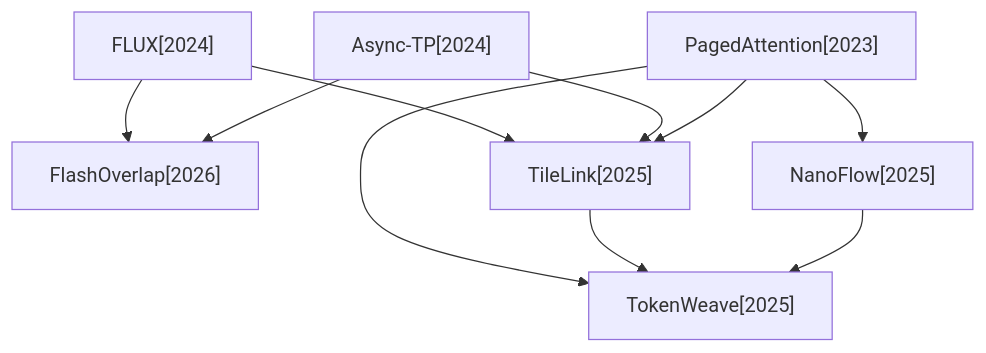
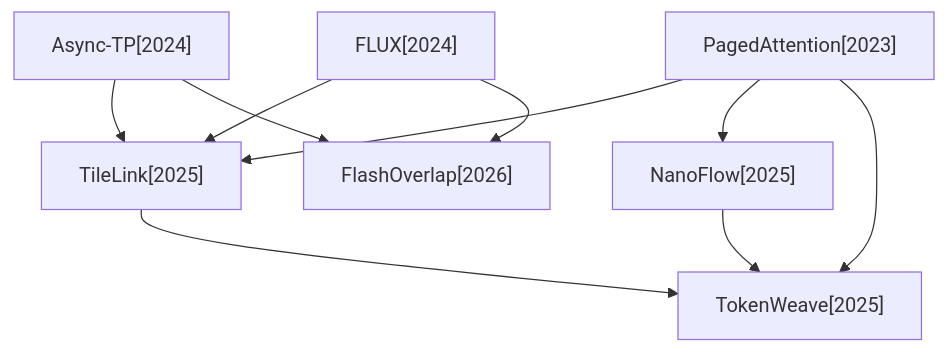
Before and after one commit to hustzxd/EfficientPaper: the first of 4 diagrams in docs/baseline_methods_graph.md, drawn with Mermaid. The commit also changed other lines of this file and 22 other files, not shown here.

````diff
--- a/docs/baseline_methods_graph.md
+++ b/docs/baseline_methods_graph.md
@@ -7,19 +7,19 @@
 ```mermaid
 flowchart TD
+    2025_TileLink["TileLink[2025]"]
+    2025_TokenWeave["TokenWeave[2025]"]
+    2023_PagedAttention["PagedAttention[2023]"]
+    2026_FlashOverlap["FlashOverlap[2026]"]
+    2024_Async_TP["Async-TP[2024]"]
     2024_FLUX["FLUX[2024]"]
-    2026_FlashOverlap["FlashOverlap[2026]"]
-    2025_TokenWeave["TokenWeave[2025]"]
-    2024_Async_TP["Async-TP[2024]"]
-    2023_PagedAttention["PagedAttention[2023]"]
-    2025_TileLink["TileLink[2025]"]
     2025_NanoFlow["NanoFlow[2025]"]
-    2024_FLUX --> 2025_TileLink
-    2024_FLUX --> 2026_FlashOverlap
-    2024_Async_TP --> 2025_TileLink
-    2024_Async_TP --> 2026_FlashOverlap
+    2025_TileLink --> 2025_TokenWeave
     2023_PagedAttention --> 2025_TileLink
     2023_PagedAttention --> 2025_NanoFlow
     2023_PagedAttention --> 2025_TokenWeave
-    2025_TileLink --> 2025_TokenWeave
+    2024_Async_TP --> 2025_TileLink
+    2024_Async_TP --> 2026_FlashOverlap
+    2024_FLUX --> 2025_TileLink
+    2024_FLUX --> 2026_FlashOverlap
     2025_NanoFlow --> 2025_TokenWeave
 ```
````
